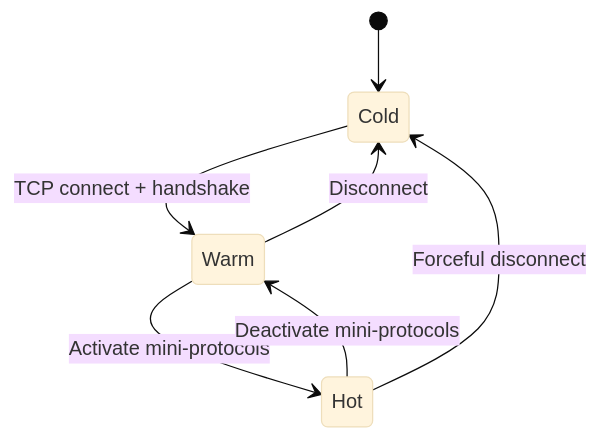
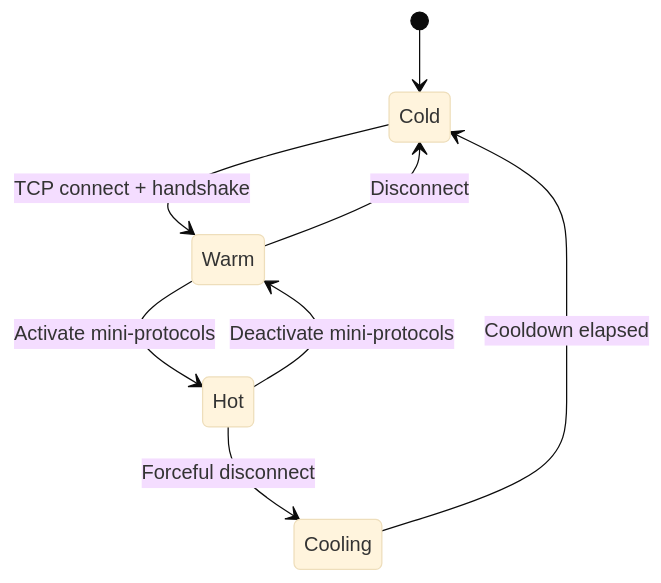
The diagram in docs/src/architecture/p2p-governor.md (michaeljfazio/dugite), drawn with Mermaid (base theme) before and after one commit. The commit also changed other lines of this file and 54 other files, not shown here.

````diff
--- a/docs/src/architecture/p2p-governor.md
+++ b/docs/src/architecture/p2p-governor.md
@@ -69,9 +71,10 @@
 ```mermaid
 stateDiagram-v2
     [*] --> Cold
     Cold --> Warm: TCP connect + handshake
     Warm --> Hot: Activate mini-protocols
     Hot --> Warm: Deactivate mini-protocols
     Warm --> Cold: Disconnect
-    Hot --> Cold: Forceful disconnect
+    Hot --> Cooling: Forceful disconnect
+    Cooling --> Cold: Cooldown elapsed
 ```
````
